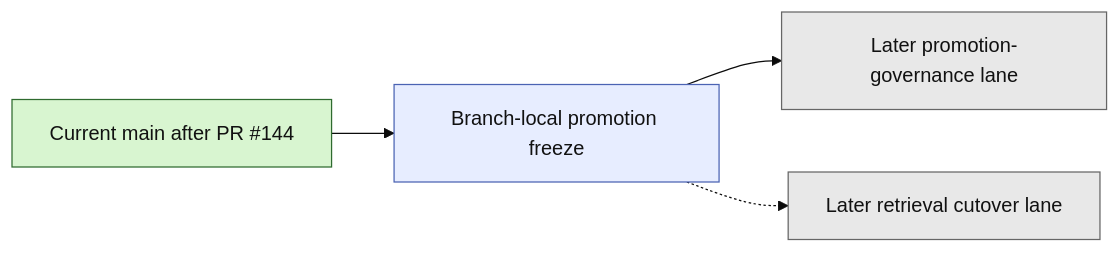
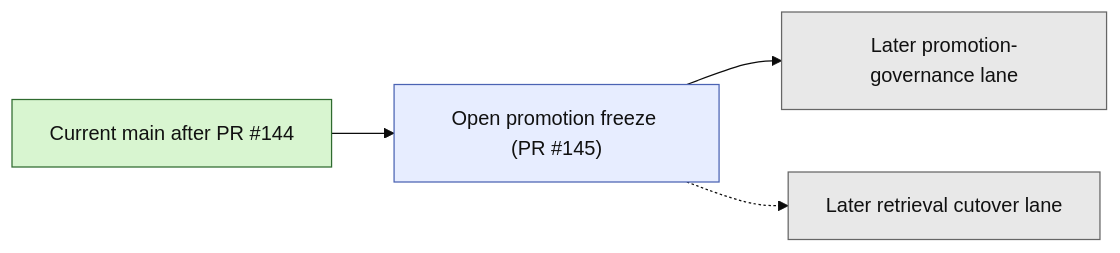
Before and after one commit to benjmcd/project6_REPO_MCP_FOLDER: the second of 2 diagrams in next_milestone_plans/layer3_progress_board.md, drawn with Mermaid (base theme). The commit also changed other lines of this file and 7 other files, not shown here.

Commit message:
docs(layer3): sync promotion freeze pr state

````diff
--- a/next_milestone_plans/layer3_progress_board.md
+++ b/next_milestone_plans/layer3_progress_board.md
@@ -151,14 +151,14 @@
 ```mermaid
 flowchart LR
-    A["Current main after PR #144"] --> B["Branch-local promotion freeze"]
+    A["Current main after PR #144"] --> B["Open promotion freeze (PR #145)"]
     B --> C["Later promotion-governance lane"]
     B -.-> D["Later retrieval cutover lane"]
 
     classDef merged fill:#d8f5d0,stroke:#2f6b2f,color:#111;
     classDef branch fill:#e7edff,stroke:#4b63b3,color:#111;
     classDef future fill:#e8e8e8,stroke:#666,color:#111;
 
     class A merged;
     class B branch;
     class C,D future;
 ```
````
